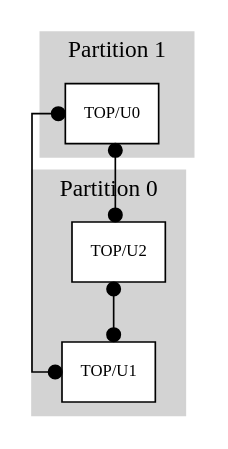
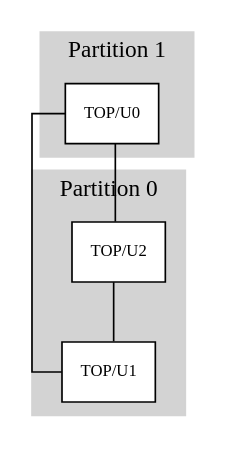
One commit to d-e-e-p/schematic-from-netlist changed the diagram in data/dot/partition_2.dot. Above: the diagram before and after it, drawn with Graphviz. The commit also changed 5 other files, not shown here.

Commit message:
solved the off grid problem... everything in ltspice needs to be on a grid of 16 units on import into kicad for wires to snap on 50 mils in schematic.

```diff
--- a/data/dot/partition_2.dot
+++ b/data/dot/partition_2.dot
@@ -1,53 +1,54 @@
 digraph "" {
 	graph [bb="0,0,91,249",
 		overlap=false,
 		rankdir=TB,
 		ratio=auto,
 		splines=ortho
 	];
 	node [fillcolor=white,
 		fontsize=10,
 		label="\N",
 		style=filled
 	];
 	edge [arrowhead=dot,
+		arrowsize=0.0,
 		arrowtail=dot,
 		dir=both,
 		fontsize=8
 	];
 	subgraph cluster_1 {
 		graph [bb="10,164.5,83,241",
 			color=lightgrey,
 			label="Partition 1",
 			lheight=0.23,
 			lp="46.5,228.75",
 			lwidth=0.79,
 			style=filled
 		];
 		"TOP/U0"	[height=0.5,
 			pos="45,190.5",
 			shape=box,
 			width=0.75];
 	}
 	subgraph cluster_0 {
 		graph [bb="9,8,82,156.5",
 			color=lightgrey,
 			label="Partition 0",
 			lheight=0.23,
 			lp="45.5,144.25",
 			lwidth=0.79,
 			style=filled
 		];
 		"TOP/U1"	[height=0.5,
 			pos="45,34",
 			shape=box,
 			width=0.75];
 		"TOP/U2"	[height=0.5,
 			pos="46,106",
 			shape=box,
 			width=0.75];
-		"TOP/U2" -> "TOP/U1"	[pos="s,45.5,87.831 e,45.5,52.413 45.5,78.831 45.5,78.831 45.5,61.413 45.5,61.413"];
+		"TOP/U2" -> "TOP/U1"	[pos="s,45.5,87.831 e,45.5,52.413 45.5,87.831 45.5,87.831 45.5,52.413 45.5,52.413"];
 	}
-	"TOP/U0" -> "TOP/U1"	[pos="s,17.527,191 e,17.527,34 8.527,191 8.527,191 0,191 0,191 0,191 0,34 0,34 0,34 8.527,34 8.527,34"];
-	"TOP/U0" -> "TOP/U2"	[pos="s,45.5,172.16 e,45.5,124.3 45.5,163.16 45.5,163.16 45.5,133.3 45.5,133.3"];
+	"TOP/U0" -> "TOP/U1"	[pos="s,17.527,191 e,17.527,34 17.527,191 17.527,191 0,191 0,191 0,191 0,34 0,34 0,34 17.527,34 17.527,34"];
+	"TOP/U0" -> "TOP/U2"	[pos="s,45.5,172.16 e,45.5,124.3 45.5,172.16 45.5,172.16 45.5,124.3 45.5,124.3"];
 }
```
